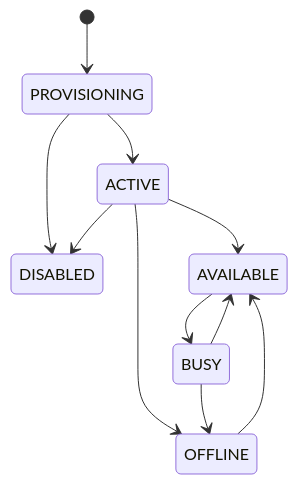
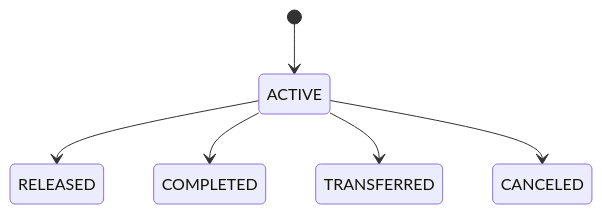
The second of 2 diagrams in docs/domain/workforce.md (D-engahmed/OMILINKS), drawn with Mermaid before and after one commit. The commit also changed other lines of this file and 2 other files, not shown here.

````diff
--- a/docs/domain/workforce.md
+++ b/docs/domain/workforce.md
@@ -42,13 +117,8 @@
-```mermaid
+~~~mermaid
 stateDiagram-v2
-    [*] --> PROVISIONING
-    PROVISIONING --> ACTIVE
-    PROVISIONING --> DISABLED
-    ACTIVE --> AVAILABLE
-    ACTIVE --> OFFLINE
-    ACTIVE --> DISABLED
-    AVAILABLE --> BUSY
-    BUSY --> AVAILABLE
-    BUSY --> OFFLINE
-    OFFLINE --> AVAILABLE
-```
+    [*] --> ACTIVE
+    ACTIVE --> RELEASED
+    ACTIVE --> COMPLETED
+    ACTIVE --> TRANSFERRED
+    ACTIVE --> CANCELED
+~~~
````
